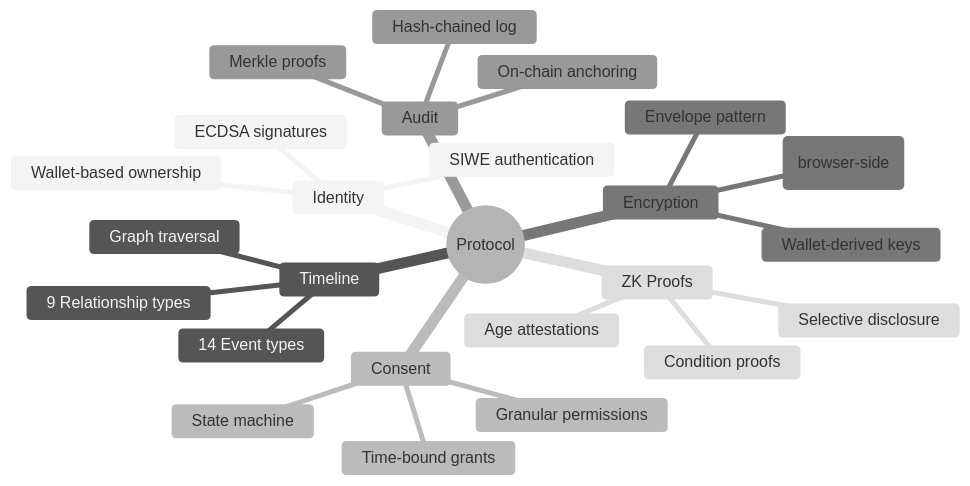
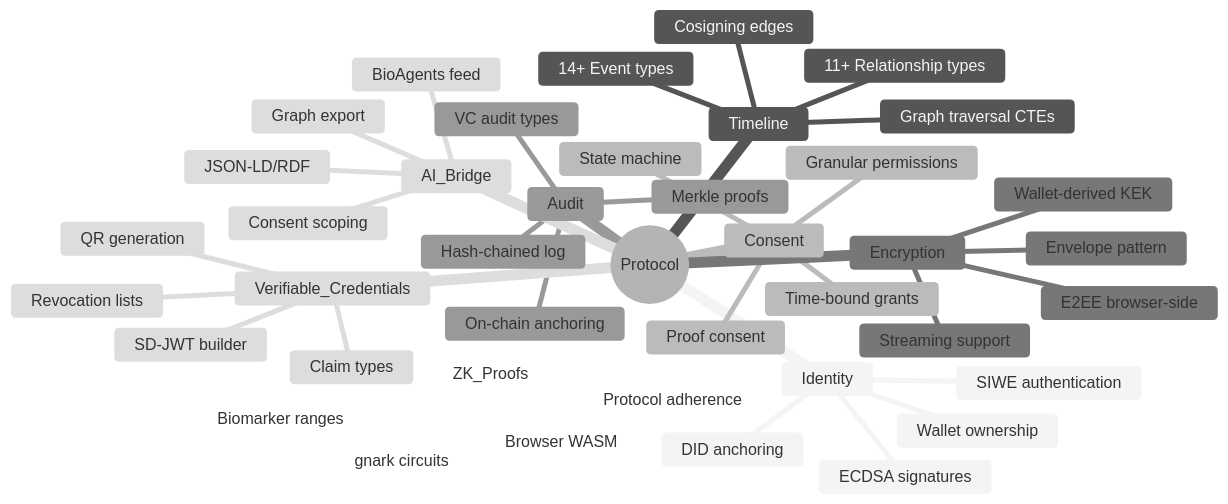
The fourth of 18 diagrams in docs/ARCHITECTURE.md (itspablomontes/fleming), drawn with Mermaid (neutral theme) before and after one commit. The commit also changed other lines of this file and 1 other file, not shown here.

````diff
--- a/docs/ARCHITECTURE.md
+++ b/docs/ARCHITECTURE.md
@@ -145,28 +235,44 @@
 ```mermaid
 mindmap
   root((Protocol))
     Identity
-      Wallet-based ownership
+      Wallet ownership
       SIWE authentication
       ECDSA signatures
+      DID anchoring
     Timeline
-      14 Event types
-      9 Relationship types
-      Graph traversal
+      14+ Event types
+      11+ Relationship types
+      Graph traversal CTEs
+      Cosigning edges
     Consent
       State machine
       Granular permissions
       Time-bound grants
+      Proof consent
     Encryption
-      E2EE (browser-side)
-      Wallet-derived keys
+      E2EE browser-side
+      Wallet-derived KEK
       Envelope pattern
+      Streaming support
     Audit
       Hash-chained log
       Merkle proofs
       On-chain anchoring
-    ZK Proofs
-      Selective disclosure
-      Age attestations
-      Condition proofs
+      VC audit types
+    Verifiable_Credentials
+      SD-JWT builder
+      Claim types
+      Revocation lists
+      QR generation
+    ZK_Proofs
+      gnark circuits
+      Biomarker ranges
+      Protocol adherence
+      Browser WASM
+    AI_Bridge
+      Graph export
+      JSON-LD/RDF
+      Consent scoping
+      BioAgents feed
 ```
````
